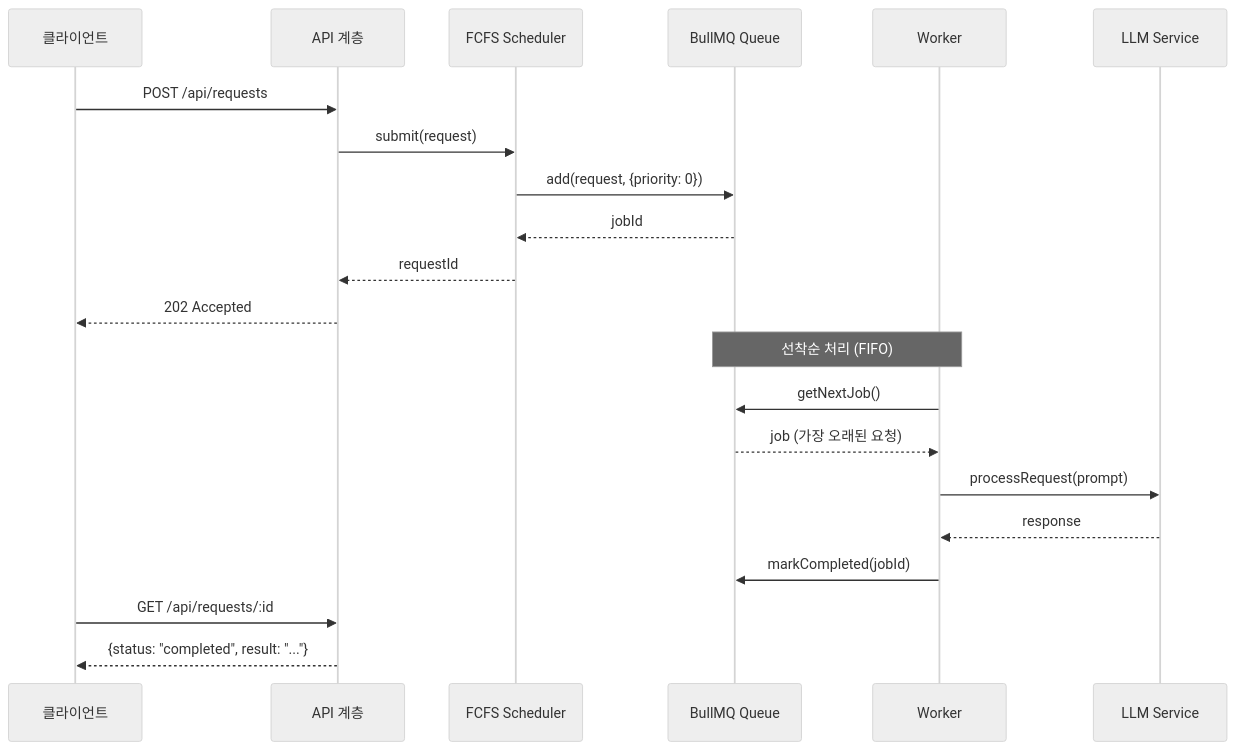
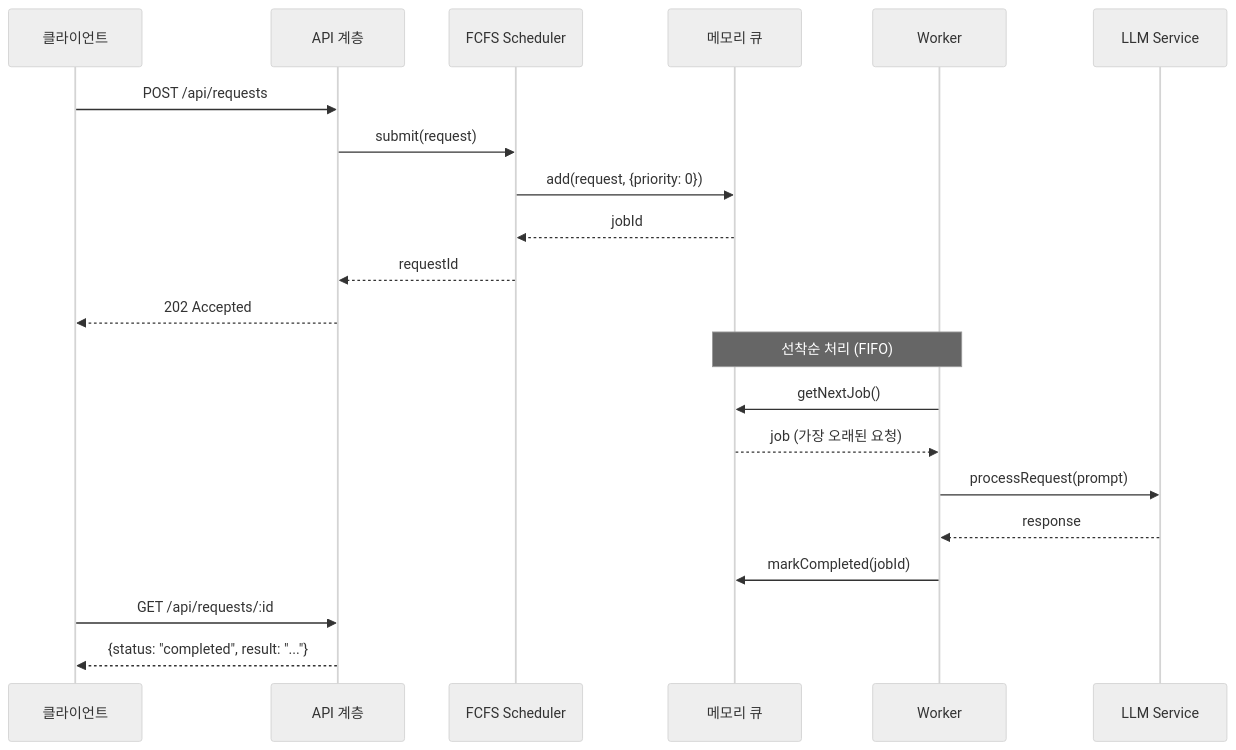
The diagram in 03-report/learning-materials/diagrams/fcfs-flow.mmd (seominji-dev/graduation-project), drawn with Mermaid (neutral theme) before and after one commit. The commit also changed 22 other files, not shown here.

```diff
--- a/03-report/learning-materials/diagrams/fcfs-flow.mmd
+++ b/03-report/learning-materials/diagrams/fcfs-flow.mmd
@@ -1,28 +1,28 @@
 %% FCFS (First-Come, First-Served) Request Flow
 %% Mermaid sequence diagram
 
 sequenceDiagram
     participant Client as 클라이언트
     participant API as API 계층
     participant FCFS as FCFS Scheduler
-    participant Queue as BullMQ Queue
+    participant Queue as 메모리 큐
     participant Worker as Worker
     participant LLM as LLM Service
 
     Client->>API: POST /api/requests
     API->>FCFS: submit(request)
     FCFS->>Queue: add(request, {priority: 0})
     Queue-->>FCFS: jobId
     FCFS-->>API: requestId
     API-->>Client: 202 Accepted
 
     Note over Queue,Worker: 선착순 처리 (FIFO)
     
     Worker->>Queue: getNextJob()
     Queue-->>Worker: job (가장 오래된 요청)
     Worker->>LLM: processRequest(prompt)
     LLM-->>Worker: response
     Worker->>Queue: markCompleted(jobId)
     
     Client->>API: GET /api/requests/:id
     API-->>Client: {status: "completed", result: "..."}
```
